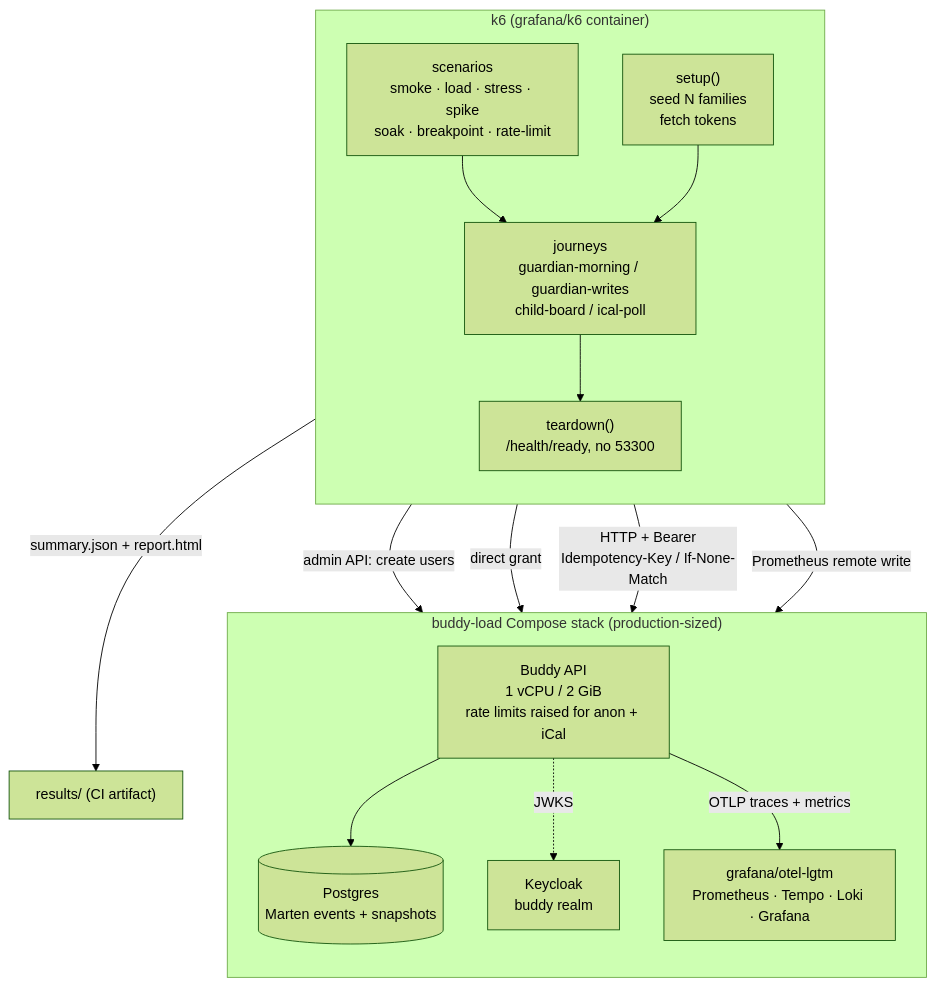
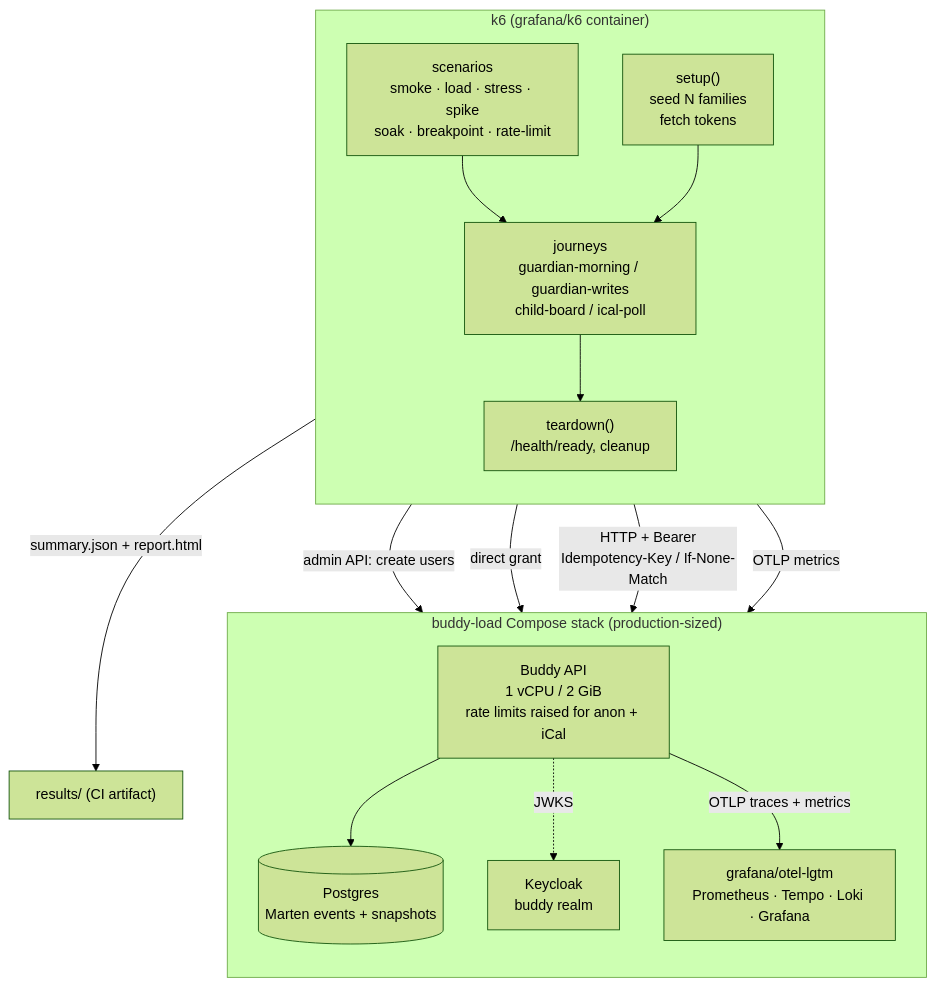
One commit to kimipsen/buddy changed the diagram in docs/backend/analysis/load-testing-k6.md. Above: the diagram before and after it, drawn with Mermaid (forest theme). The commit also changed other lines of this file and 40 other files, not shown here.

````diff
--- a/docs/backend/analysis/load-testing-k6.md
+++ b/docs/backend/analysis/load-testing-k6.md
@@ -410,29 +452,29 @@
 ```mermaid
 flowchart TB
     subgraph Runner["k6 (grafana/k6 container)"]
         direction TB
         Setup["setup()\nseed N families\nfetch tokens"]
         Journeys["journeys\nguardian-morning / guardian-writes\nchild-board / ical-poll"]
         Profiles["scenarios\nsmoke · load · stress · spike\nsoak · breakpoint · rate-limit"]
-        Teardown["teardown()\n/health/ready, no 53300"]
+        Teardown["teardown()\n/health/ready, cleanup"]
         Profiles --> Journeys
         Setup --> Journeys --> Teardown
     end
 
     subgraph Stack["buddy-load Compose stack (production-sized)"]
         direction TB
         API["Buddy API\n1 vCPU / 2 GiB\nrate limits raised for anon + iCal"]
         PG[("Postgres\nMarten events + snapshots")]
         KC["Keycloak\nbuddy realm"]
         LGTM["grafana/otel-lgtm\nPrometheus · Tempo · Loki · Grafana"]
         API --> PG
         API -. "JWKS" .-> KC
         API -- "OTLP traces + metrics" --> LGTM
     end
 
     Setup -- "admin API: create users" --> KC
     Setup -- "direct grant" --> KC
     Journeys -- "HTTP + Bearer\nIdempotency-Key / If-None-Match" --> API
-    Runner -- "Prometheus remote write" --> LGTM
+    Runner -- "OTLP metrics" --> LGTM
     Runner -- "summary.json + report.html" --> Artifacts["results/ (CI artifact)"]
 ```
````
